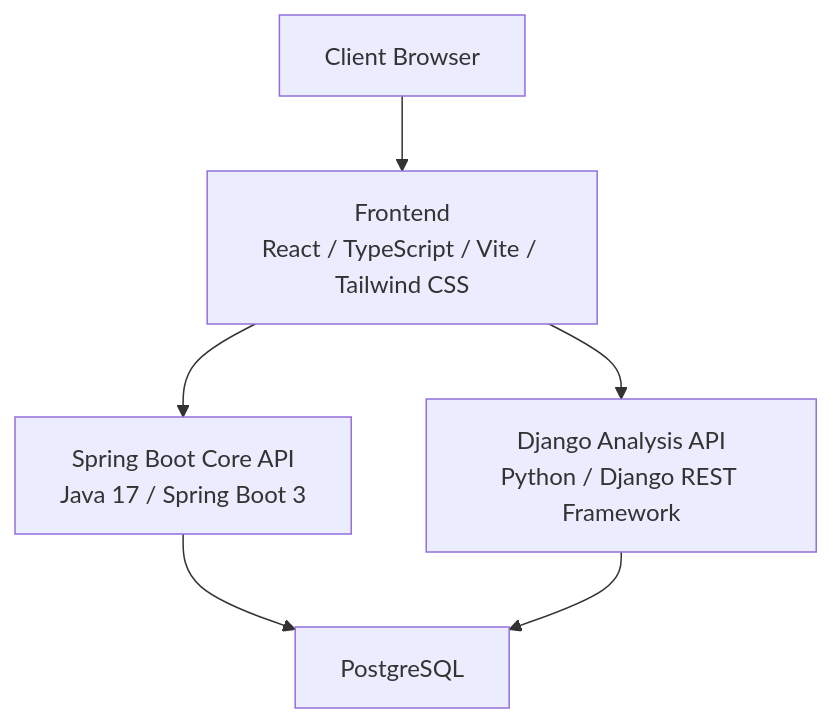
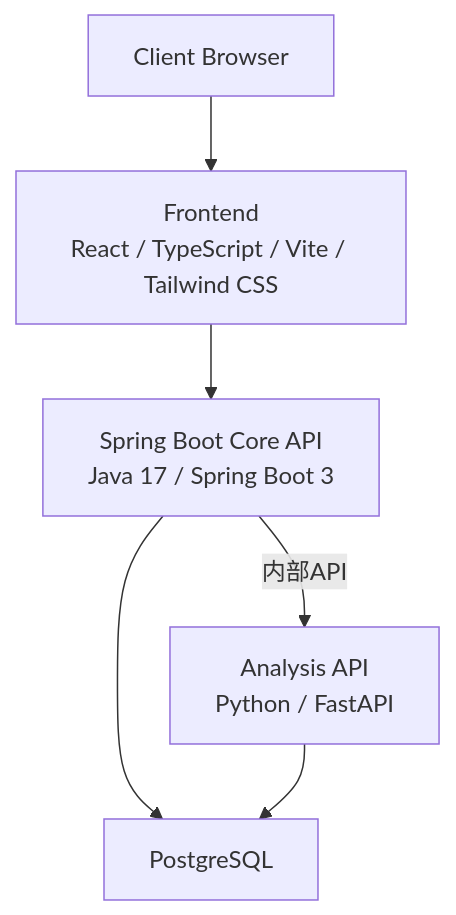
One commit to hanyeong0815/daipetto changed the first of 8 diagrams in docs/04_System_Architecture 362d097bd4f780b6b4d2c28d4ae357a1.md. Above: the diagram before and after it, drawn with Mermaid. The commit also changed other lines of this file and 69 other files, not shown here.

First line of the commit message:
feat(analysis): FastAPI analysis API behind a Spring relay

````diff
--- a/docs/04_System_Architecture 362d097bd4f780b6b4d2c28d4ae357a1.md
+++ b/docs/04_System_Architecture 362d097bd4f780b6b4d2c28d4ae357a1.md
@@ -35,23 +35,23 @@
 ```mermaid
 graph TB
 
 	CLIENT["Client Browser"]
 
 	FRONT["Frontend<br>React / TypeScript / Vite / Tailwind CSS"]
 
 	SPRING["Spring Boot Core API<br>Java 17 / Spring Boot 3"]
 
-	DJANGO["Django Analysis API<br>Python / Django REST Framework"]
+	ANALYSIS["Analysis API<br>Python / FastAPI"]
 
 	DB["PostgreSQL"]
 
 	CLIENT --> FRONT
 
 	FRONT --> SPRING
 
-	FRONT --> DJANGO
+	SPRING -->|内部API| ANALYSIS
 
 	SPRING --> DB
 
-	DJANGO --> DB
+	ANALYSIS --> DB
 ```
````
